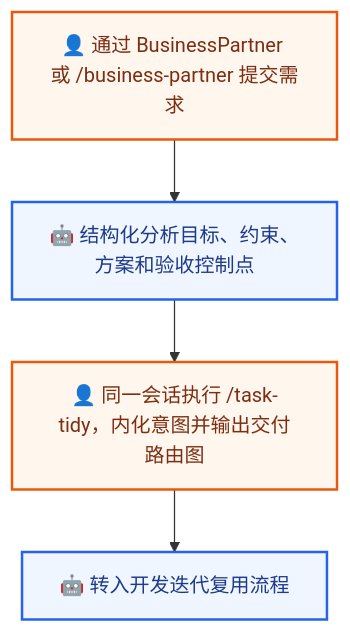
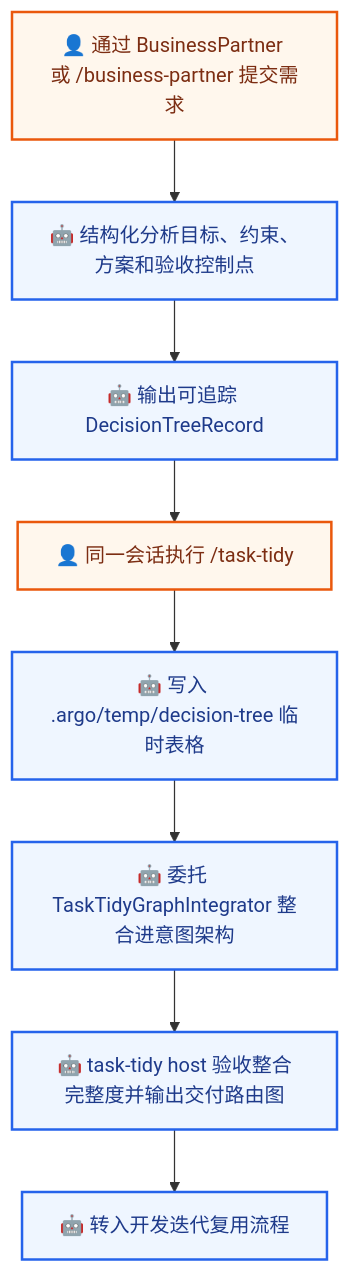
The first of 7 diagrams in README.md (derekhu0002/Argo), drawn with Mermaid before and after one commit. The commit also changed other lines of this file and 1 other file, not shown here.

````diff
--- a/README.md
+++ b/README.md
@@ -74,10 +74,14 @@
 ```mermaid
 flowchart TD
     A[👤 通过 BusinessPartner 或 /business-partner 提交需求] --> B[🤖 结构化分析目标、约束、方案和验收控制点]
-    B --> D[👤 同一会话执行 /task-tidy，内化意图并输出交付路由图]
-    D --> E[🤖 转入开发迭代复用流程]
+    B --> C[🤖 输出可追踪 DecisionTreeRecord]
+    C --> D[👤 同一会话执行 /task-tidy]
+    D --> E[🤖 写入 .argo/temp/decision-tree 临时表格]
+    E --> F[🤖 委托 TaskTidyGraphIntegrator 整合进意图架构]
+    F --> G[🤖 task-tidy host 验收整合完整度并输出交付路由图]
+    G --> H[🤖 转入开发迭代复用流程]
     classDef human fill:#fff7ed,stroke:#ea580c,color:#7c2d12,stroke-width:2px
     classDef ai fill:#eff6ff,stroke:#2563eb,color:#1e3a8a,stroke-width:2px
     class A,D human
-    class B,E ai
+    class B,C,E,F,G,H ai
 ```
````
